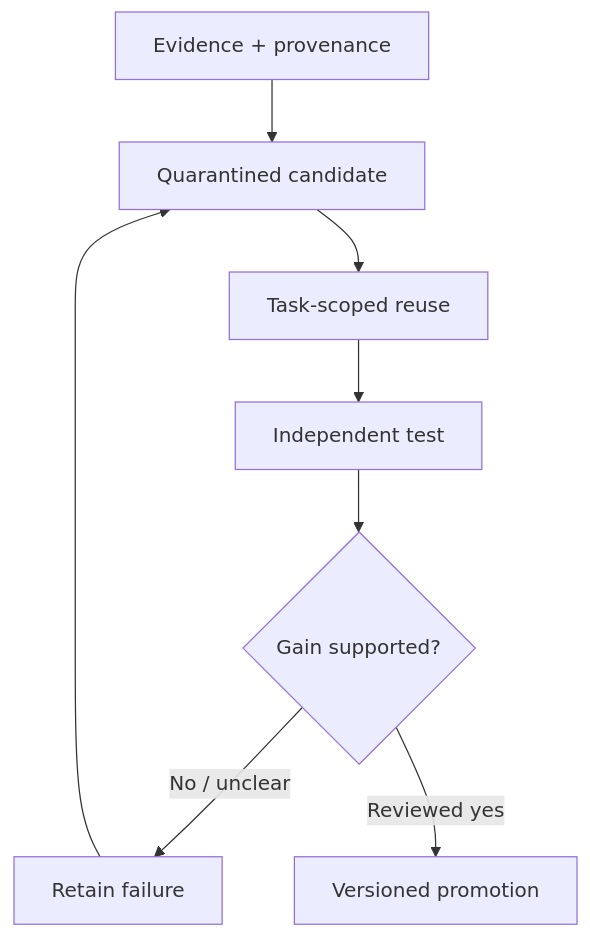
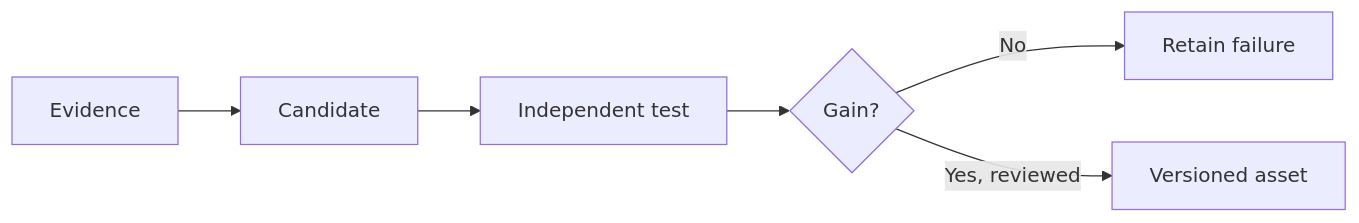
Before and after one commit to Cornelius-Chen/Cornelius-Chen: the first of 2 diagrams in README.md, drawn with Mermaid. The commit also changed other lines of this file, not shown here.

Commit message:
Condense profile overview diagrams

````diff
--- a/README.md
+++ b/README.md
@@ -15,10 +15,8 @@
 ```mermaid
-flowchart TD
-    A[Evidence + provenance] --> B[Quarantined candidate]
-    B --> C[Task-scoped reuse]
-    C --> D[Independent test]
-    D --> E{Gain supported?}
-    E -- No / unclear --> F[Retain failure]
-    F --> B
-    E -- Reviewed yes --> G[Versioned promotion]
+flowchart LR
+    A[Evidence] --> B[Candidate]
+    B --> C[Independent test]
+    C --> D{Gain?}
+    D -- No --> E[Retain failure]
+    D -- Yes, reviewed --> F[Versioned asset]
 ```
````
